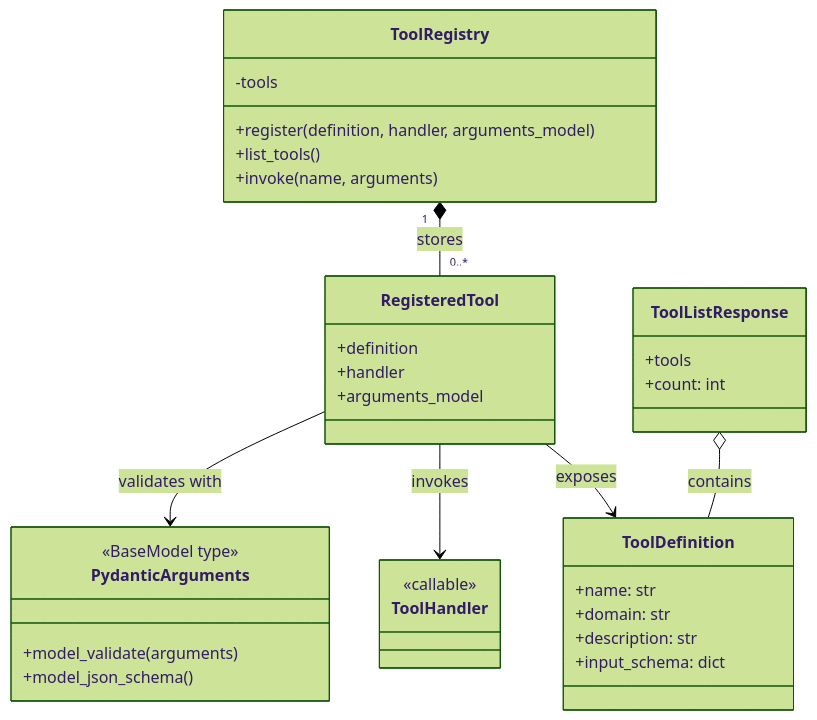
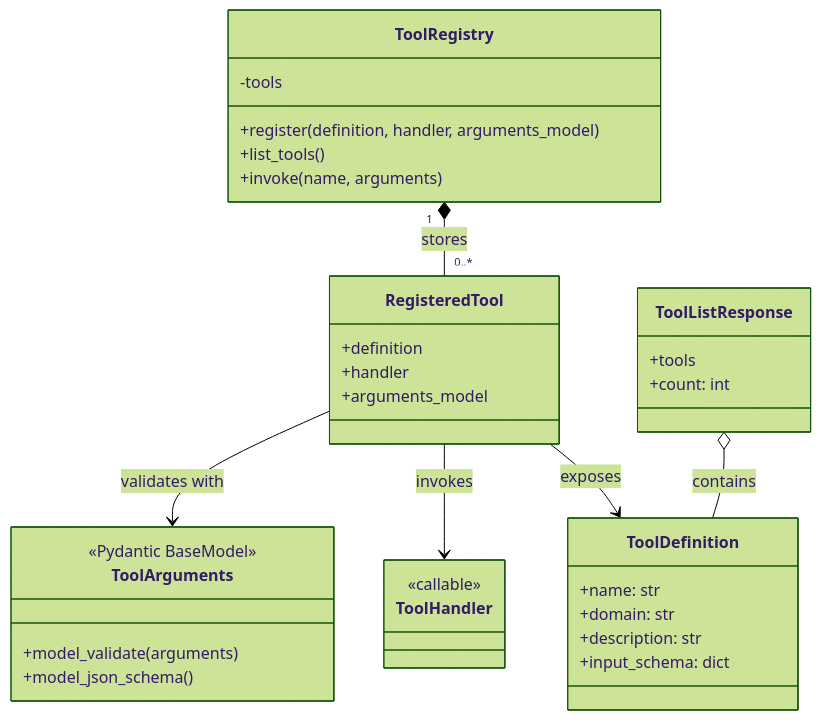
Before and after one commit to hhy123415/seedemu-agent-tools: the second of 4 diagrams in docs/tool-service/class-structure.md, drawn with Mermaid (forest theme). The commit also changed other lines of this file and 7 other files, not shown here.

````diff
--- a/docs/tool-service/class-structure.md
+++ b/docs/tool-service/class-structure.md
@@ -46,43 +46,43 @@
 ```mermaid
 classDiagram
     class ToolRegistry {
         -tools
         +register(definition, handler, arguments_model)
         +list_tools()
         +invoke(name, arguments)
     }
 
     class RegisteredTool {
         +definition
         +handler
         +arguments_model
     }
 
     class ToolDefinition {
         +name: str
         +domain: str
         +description: str
         +input_schema: dict
     }
 
     class ToolHandler {
         <<callable>>
     }
 
-    class PydanticArguments {
-        <<BaseModel type>>
+    class ToolArguments {
+        <<Pydantic BaseModel>>
         +model_validate(arguments)
         +model_json_schema()
     }
 
     class ToolListResponse {
         +tools
         +count: int
     }
 
     ToolRegistry "1" *-- "0..*" RegisteredTool : stores
     RegisteredTool --> ToolDefinition : exposes
     RegisteredTool --> ToolHandler : invokes
-    RegisteredTool --> PydanticArguments : validates with
+    RegisteredTool --> ToolArguments : validates with
     ToolListResponse o-- ToolDefinition : contains
 ```
````
